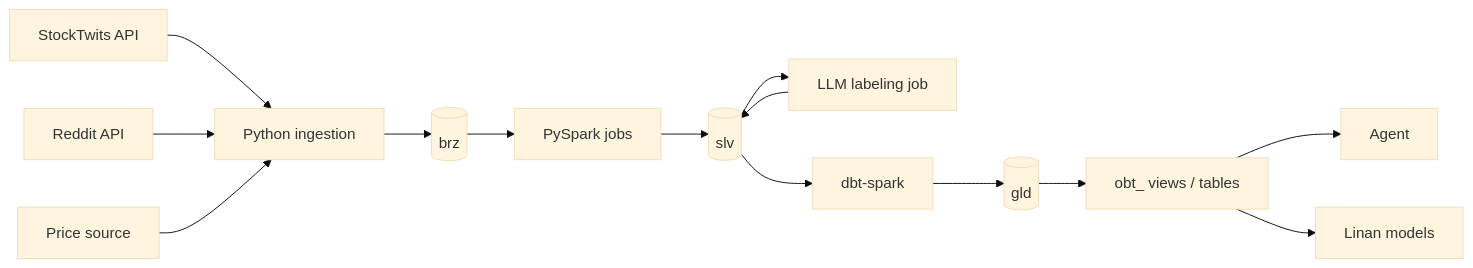
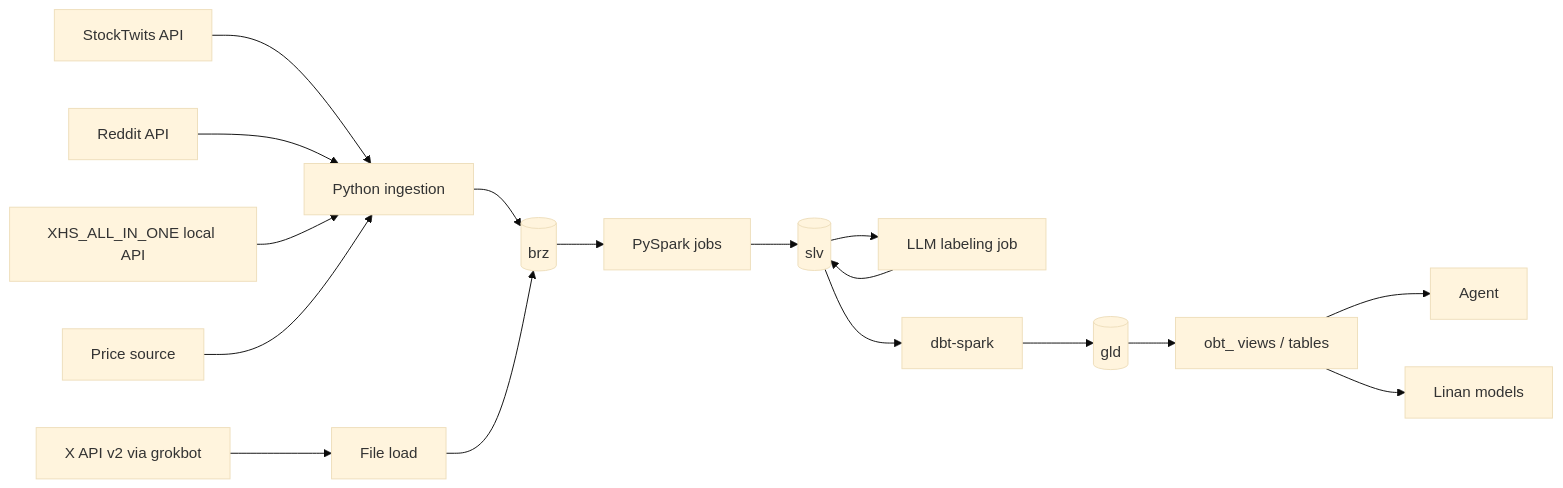
Before and after one commit to EZmoneySniper250/USStockEmotions: the diagram in docs/data_platform_plan.md, drawn with Mermaid (base theme). The commit also changed other lines of this file and 11 other files, not shown here.

````diff
--- a/docs/data_platform_plan.md
+++ b/docs/data_platform_plan.md
@@ -111,16 +111,19 @@
 ```mermaid
 flowchart LR
     API1[StockTwits API] --> ING[Python ingestion]
     API2[Reddit API] --> ING
+    API4[XHS_ALL_IN_ONE local API] --> ING
     API3[Price source] --> ING
+    API5[X API v2 via grokbot] --> LOAD[File load]
     ING --> BRZ[(brz)]
+    LOAD --> BRZ
     BRZ --> SPK[PySpark jobs]
     SPK --> SLV[(slv)]
     SLV --> LBL[LLM labeling job]
     LBL --> SLV
     SLV --> DBT[dbt-spark]
     DBT --> GLD[(gld)]
     GLD --> OBT[obt_ views / tables]
     OBT --> AGT[Agent]
     OBT --> ML[Linan models]
 ```
````
